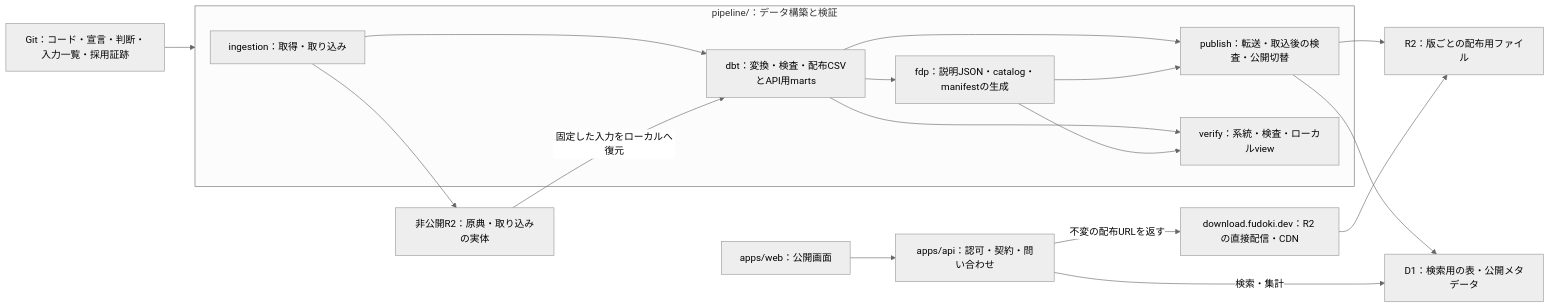
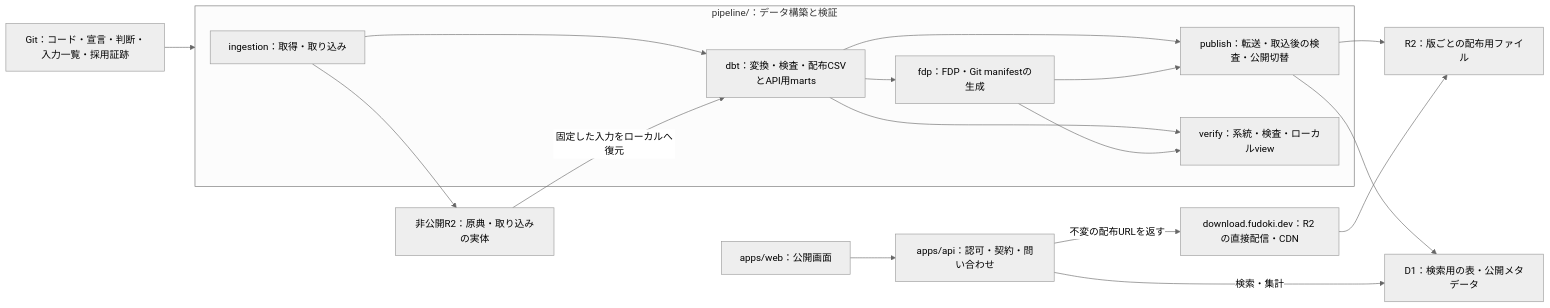
Before and after one commit to wwwyo/fudoki: the diagram in docs/design-doc-monorepo.md, drawn with Mermaid (neutral theme). The commit also changed other lines of this file and 41 other files, not shown here.

````diff
--- a/docs/design-doc-monorepo.md
+++ b/docs/design-doc-monorepo.md
@@ -26,21 +26,21 @@
 ```mermaid
 flowchart LR
   subgraph Pipeline["pipeline/：データ構築と検証"]
     I["ingestion：取得・取り込み"] --> D["dbt：変換・検査・配布CSVとAPI用marts"]
-    D --> F["fdp：説明JSON・catalog・manifestの生成"]
+    D --> F["fdp：FDP・Git manifestの生成"]
     D --> P["publish：転送・取込後の検査・公開切替"]
     F --> P
     D --> V["verify：系統・検査・ローカルview"]
     F --> V
   end
   G["Git：コード・宣言・判断・入力一覧・採用証跡"] --> Pipeline
   I --> N["非公開R2：原典・取り込みの実体"]
   N -->|固定した入力をローカルへ復元| D
   P --> R["R2：版ごとの配布用ファイル"]
   P --> Q["D1：検索用の表・公開メタデータ"]
   A["apps/api：認可・契約・問い合わせ"]
   A -->|検索・集計| Q
   B["download.fudoki.dev：R2 の直接配信・CDN"] --> R
   A -->|不変の配布URLを返す| B
   W["apps/web：公開画面"] --> A
 ```
````
